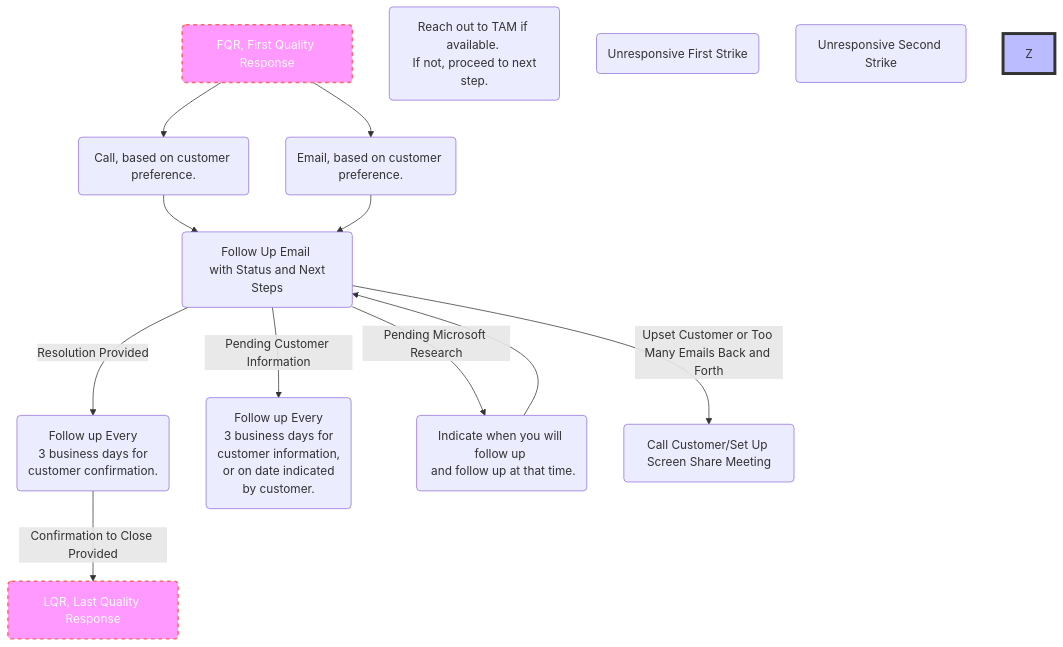
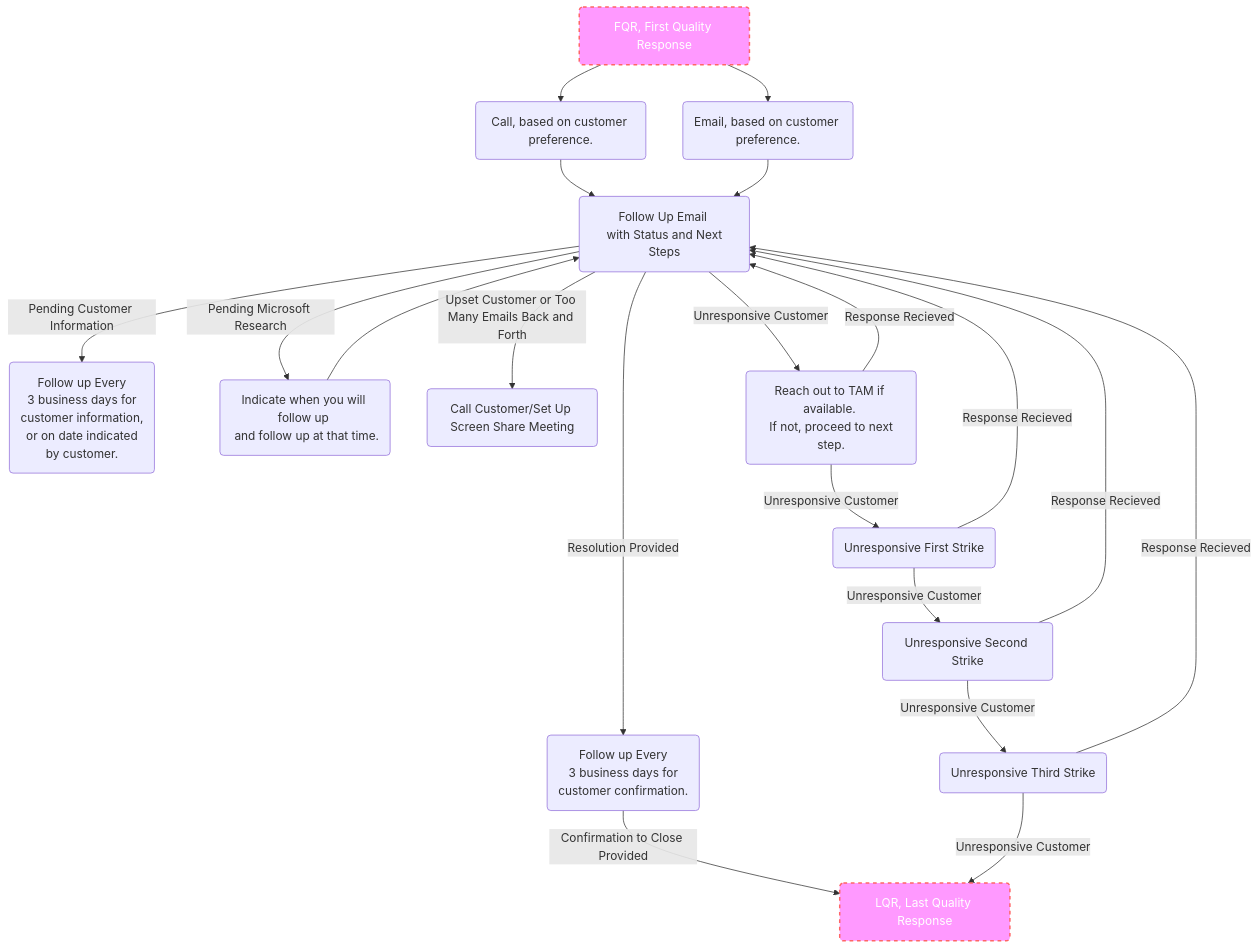
One commit to santi1s/Big-Data changed the diagram in Big-Data/Support-Engineer-Best-Practices/Case-Management/Case-Communication-Best-Practices.md. Above: the diagram before and after it, drawn with Mermaid.

Commit message:
Updated Case Communication Best Practices

```diff
--- a/Big-Data/Support-Engineer-Best-Practices/Case-Management/Case-Communication-Best-Practices.md
+++ b/Big-Data/Support-Engineer-Best-Practices/Case-Management/Case-Communication-Best-Practices.md
@@ -18,30 +18,39 @@
 ::: mermaid
 graph TD
  A(FQR, First Quality Response)
  B(Email, based on customer preference.)
  C(Call, based on customer preference.)
  D(Follow Up Email <br> with Status and Next Steps)
  E(Follow up Every <br> 3 business days for <br> customer confirmation.)
  F(LQR, Last Quality Response)
  G(Follow up Every <br> 3 business days for <br> customer information, <br> or on date indicated <br> by customer.)
  H(Indicate when you will follow up <br> and follow up at that time.)
  I(Call Customer/Set Up Screen Share Meeting)
  J(Reach out to TAM if available. <br> If not, proceed to next step.)
  K(Unresponsive First Strike)
  L(Unresponsive Second Strike)
+ M(Unresponsive Third Strike)
 
     A -->B
     A --> C
     C --> D
     B --> D
     D -->|Resolution Provided| E
     E -->|Confirmation to Close Provided| F
     D -->|Pending Customer Information| G
     D -->|Pending Microsoft Research| H
     H --> D
     D -->|Upset Customer or Too Many Emails Back and Forth| I
+    D -->|Unresponsive Customer| J
+    J -->|Response Recieved| D
+    J -->|Unresponsive Customer| K
+    K -->|Response Recieved| D
+    K -->|Unresponsive Customer| L
+    L -->|Response Recieved| D
+    L -->|Unresponsive Customer| M
+    M -->|Response Recieved| D
+    M -->|Unresponsive Customer| F
 
-    style Z fill:#bbf,stroke:#333,stroke-width:4px
     style A fill:#f9f,stroke:#f66,stroke-width:2px,color:#fff,stroke-dasharray: 5, 5
     style F fill:#f9f,stroke:#f66,stroke-width:2px,color:#fff,stroke-dasharray: 5, 5
 :::
```
